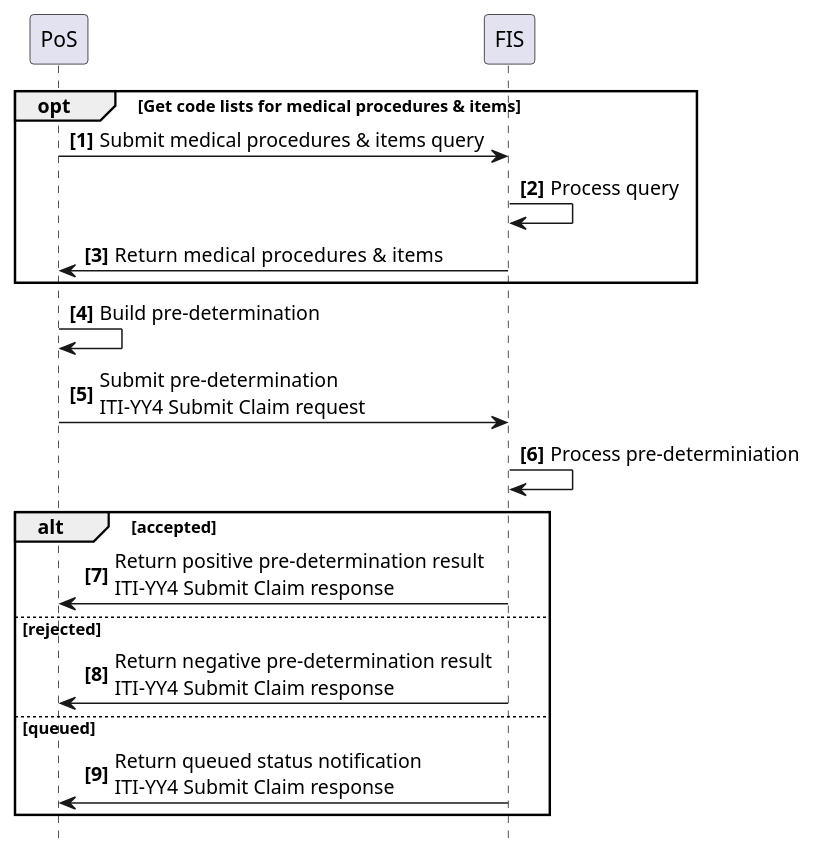
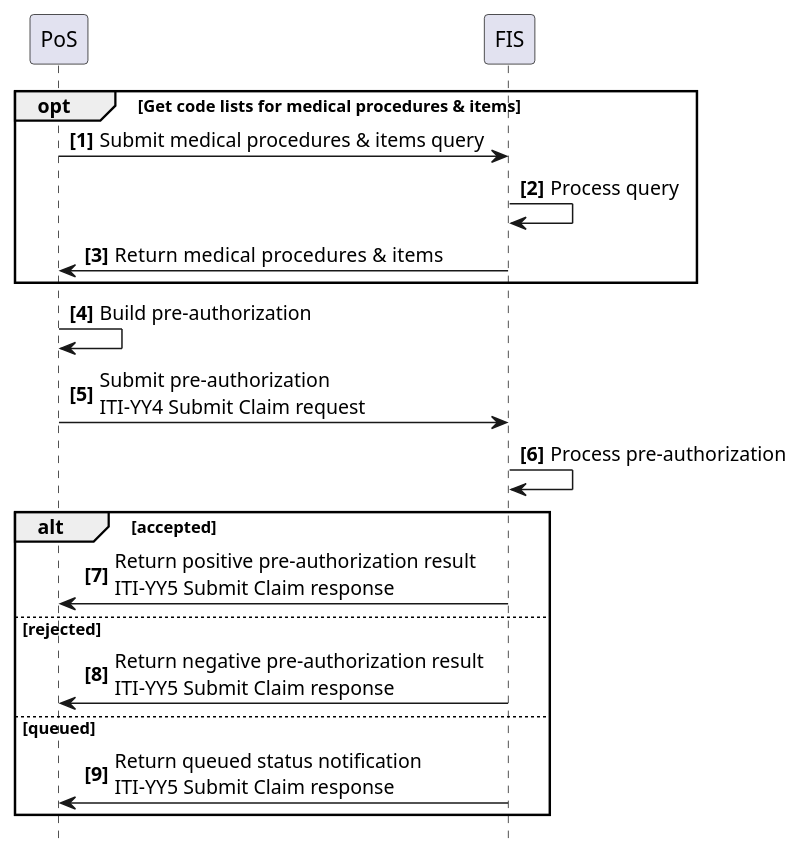
One commit to IHE/ITI.Finance changed the diagram in input/images-source/usecase5-processflow.plantuml. Above: the diagram before and after it, drawn with PlantUML. The commit also changed 8 other files, not shown here.

```diff
--- a/input/images-source/usecase5-processflow.plantuml
+++ b/input/images-source/usecase5-processflow.plantuml
@@ -1,29 +1,29 @@
 @startuml
 skinparam svgDimensionStyle false
 hide footbox
 autonumber "<b>[0]"
 
 participant PoS
 participant FIS
 
 
 opt Get code lists for medical procedures & items
 	PoS -> FIS: Submit medical procedures & items query
 	FIS -> FIS: Process query
 	FIS -> PoS: Return  medical procedures & items
 end opt
  
 
-PoS -> PoS: Build pre-determination
-PoS -> FIS: Submit pre-determination\nITI-YY4 Submit Claim request
-FIS -> FIS: Process pre-determiniation
+PoS -> PoS: Build pre-authorization
+PoS -> FIS: Submit pre-authorization\nITI-YY4 Submit Claim request
+FIS -> FIS: Process pre-authorization
 
 alt accepted
-	FIS -> PoS: Return positive pre-determination result\nITI-YY4 Submit Claim response
+	FIS -> PoS: Return positive pre-authorization result\nITI-YY5 Submit Claim response
 else rejected
-	FIS -> PoS: Return negative pre-determination result\nITI-YY4 Submit Claim response
+	FIS -> PoS: Return negative pre-authorization result\nITI-YY5 Submit Claim response
 else queued
-	FIS -> PoS: Return queued status notification\nITI-YY4 Submit Claim response
+	FIS -> PoS: Return queued status notification\nITI-YY5 Submit Claim response
 end
 
 @enduml
```
